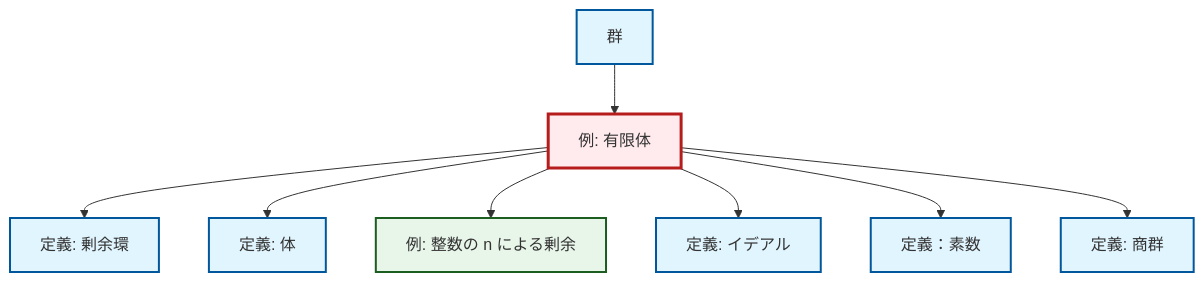
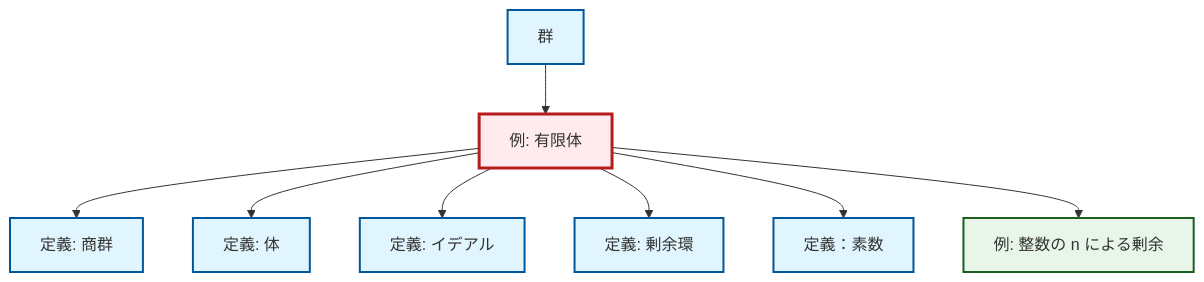
One commit to RK0429/ModernMath changed the diagram in content/ja/algebra/ex-finite-field.qmd. Above: the diagram before and after it, drawn with Mermaid. The commit also changed other lines of this file and 1012 other files, not shown here.

````diff
--- a/content/ja/algebra/ex-finite-field.qmd
+++ b/content/ja/algebra/ex-finite-field.qmd
@@ -67,32 +67,32 @@
 ```{mermaid}
 %%| fig-cap: "Local dependency graph"
 graph TD
     classDef definition fill:#e1f5fe,stroke:#01579b,stroke-width:2px
     classDef theorem fill:#f3e5f5,stroke:#4a148c,stroke-width:2px
     classDef axiom fill:#fff3e0,stroke:#e65100,stroke-width:2px
     classDef example fill:#e8f5e9,stroke:#1b5e20,stroke-width:2px
     classDef current fill:#ffebee,stroke:#b71c1c,stroke-width:3px
+    def-field["定義: 体"]:::definition
     def-ideal["定義: イデアル"]:::definition
-    def-group["群"]:::definition
-    def-field["定義: 体"]:::definition
+    ex-finite-field["例: 有限体"]:::example
     def-quotient-ring["定義: 剰余環"]:::definition
     def-quotient-group["定義: 商群"]:::definition
+    def-prime["定義：素数"]:::definition
+    def-group["群"]:::definition
     ex-quotient-integers-mod-n["例: 整数の n による剰余"]:::example
-    def-prime["定義：素数"]:::definition
-    ex-finite-field["例: 有限体"]:::example
-    ex-finite-field --> def-quotient-ring
-    ex-finite-field --> def-field
-    ex-finite-field --> ex-quotient-integers-mod-n
-    ex-finite-field --> def-ideal
-    ex-finite-field --> def-prime
     ex-finite-field --> def-quotient-group
     def-group --> ex-finite-field
+    ex-finite-field --> def-field
+    ex-finite-field --> def-ideal
+    ex-finite-field --> def-quotient-ring
+    ex-finite-field --> def-prime
+    ex-finite-field --> ex-quotient-integers-mod-n
     class ex-finite-field current
+    click def-field "def-field.html" "体の定義へ"
     click def-ideal "def-ideal.html" "イデアルの定義へ"
-    click def-group "def-group.html" "群へ"
-    click def-field "def-field.html" "体の定義へ"
     click def-quotient-ring "def-quotient-ring.html" "剰余環の定義へ"
     click def-quotient-group "def-quotient-group.html" "商群の定義へ"
+    click def-prime "def-prime.html" "定義：素数へ"
+    click def-group "def-group.html" "群へ"
     click ex-quotient-integers-mod-n "ex-quotient-integers-mod-n.html" "整数の n による剰余の例へ"
-    click def-prime "def-prime.html" "定義：素数へ"
 ```
````
